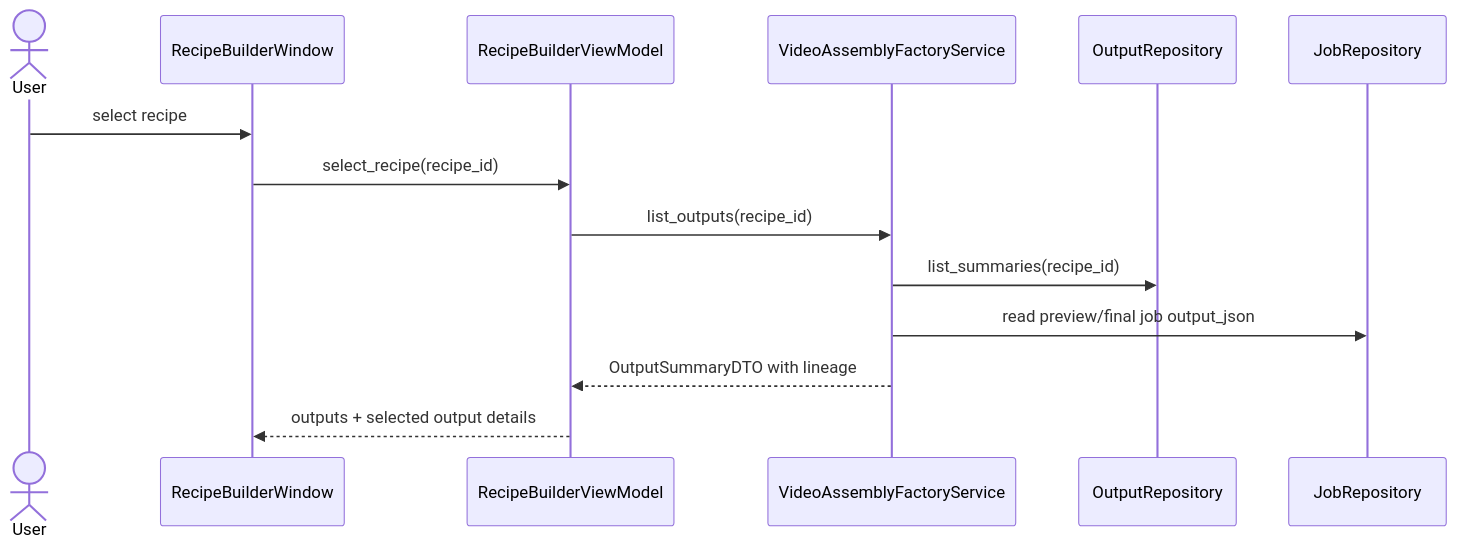
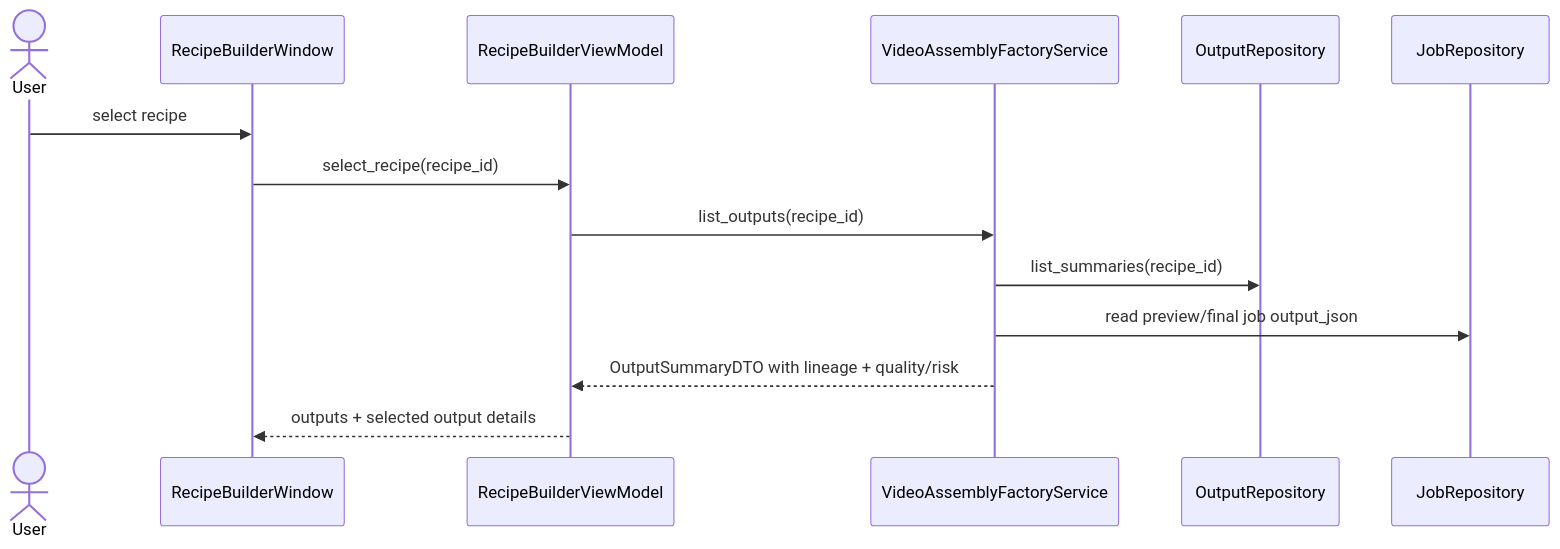
Before and after one commit to idev006/MTClipFactory: the sixth of 13 diagrams in doc/10_UML_System_Overview.md, drawn with Mermaid. The commit also changed other lines of this file and 29 other files, not shown here.

````diff
--- a/doc/10_UML_System_Overview.md
+++ b/doc/10_UML_System_Overview.md
@@ -354,17 +369,17 @@
 ```mermaid
 sequenceDiagram
     actor User
     participant View as RecipeBuilderWindow
     participant VM as RecipeBuilderViewModel
     participant Factory as VideoAssemblyFactoryService
     participant Out as OutputRepository
     participant JobRepo as JobRepository
 
     User->>View: select recipe
     View->>VM: select_recipe(recipe_id)
     VM->>Factory: list_outputs(recipe_id)
     Factory->>Out: list_summaries(recipe_id)
     Factory->>JobRepo: read preview/final job output_json
-    Factory-->>VM: OutputSummaryDTO with lineage
+    Factory-->>VM: OutputSummaryDTO with lineage + quality/risk
     VM-->>View: outputs + selected output details
 ```
````
